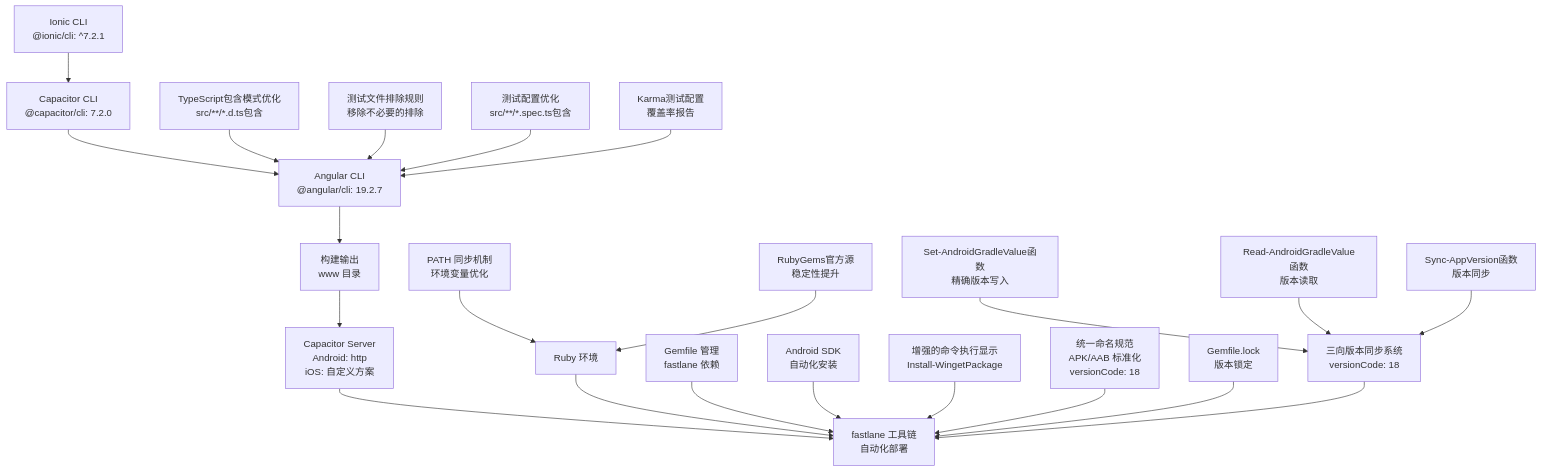
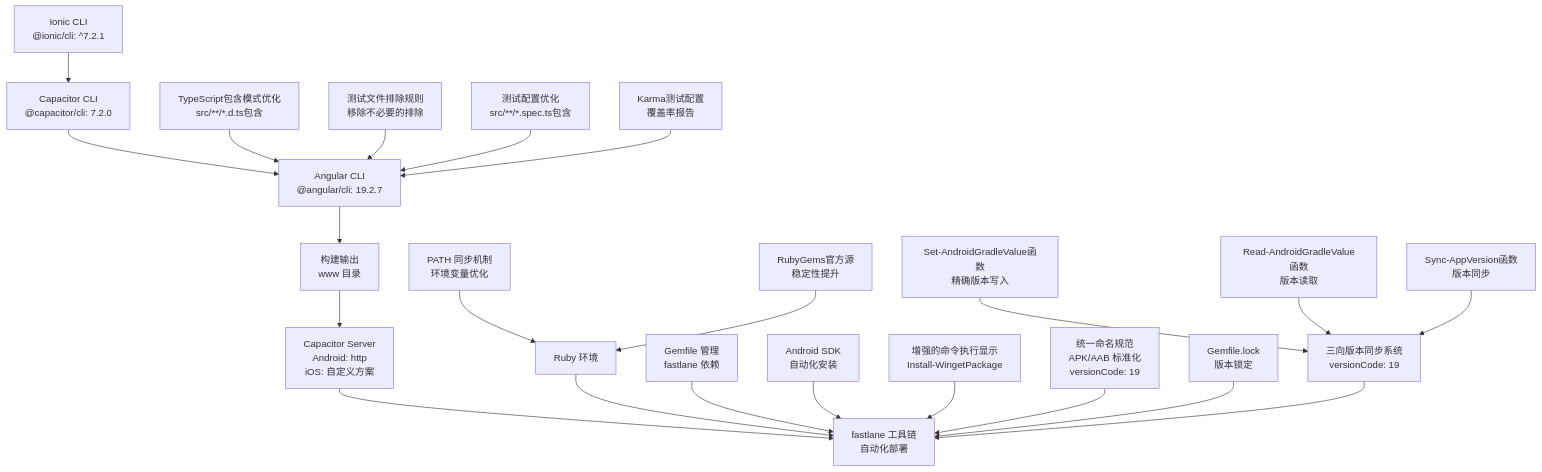
One commit to tea4go/Macro-Deck-Client-App changed the third of 6 diagrams in .qoder/repowiki/zh/content/构建与部署/构建配置.md. Above: the diagram before and after it, drawn with Mermaid. The commit also changed other lines of this file and 46 other files, not shown here.

````diff
--- a/.qoder/repowiki/zh/content/构建与部署/构建配置.md
+++ b/.qoder/repowiki/zh/content/构建与部署/构建配置.md
@@ -385,24 +385,24 @@
 ```mermaid
 graph TB
 A["Ionic CLI<br/>@ionic/cli: ^7.2.1"] --> B["Capacitor CLI<br/>@capacitor/cli: 7.2.0"]
 B --> C["Angular CLI<br/>@angular/cli: 19.2.7"]
 C --> D["构建输出<br/>www 目录"]
 D --> E["Capacitor Server<br/>Android: http<br/>iOS: 自定义方案"]
 E --> F["fastlane 工具链<br/>自动化部署"]
 G["Ruby 环境"] --> F
 H["Gemfile 管理<br/>fastlane 依赖"] --> F
 I["Android SDK<br/>自动化安装"] --> F
 J["PATH 同步机制<br/>环境变量优化"] --> G
 K["增强的命令执行显示<br/>Install-WingetPackage"] --> F
-L["统一命名规范<br/>APK/AAB 标准化<br/>versionCode: 18"] --> F
+L["统一命名规范<br/>APK/AAB 标准化<br/>versionCode: 19"] --> F
 M["Gemfile.lock<br/>版本锁定"] --> F
 N["RubyGems官方源<br/>稳定性提升"] --> G
-O["三向版本同步系统<br/>versionCode: 18"] --> F
+O["三向版本同步系统<br/>versionCode: 19"] --> F
 P["Set-AndroidGradleValue函数<br/>精确版本写入"] --> O
 Q["Read-AndroidGradleValue函数<br/>版本读取"] --> O
 R["Sync-AppVersion函数<br/>版本同步"] --> O
 S["TypeScript包含模式优化<br/>src/**/*.d.ts包含"] --> C
 T["测试文件排除规则<br/>移除不必要的排除"] --> C
 U["测试配置优化<br/>src/**/*.spec.ts包含"] --> C
 V["Karma测试配置<br/>覆盖率报告"] --> C
 ```
````
